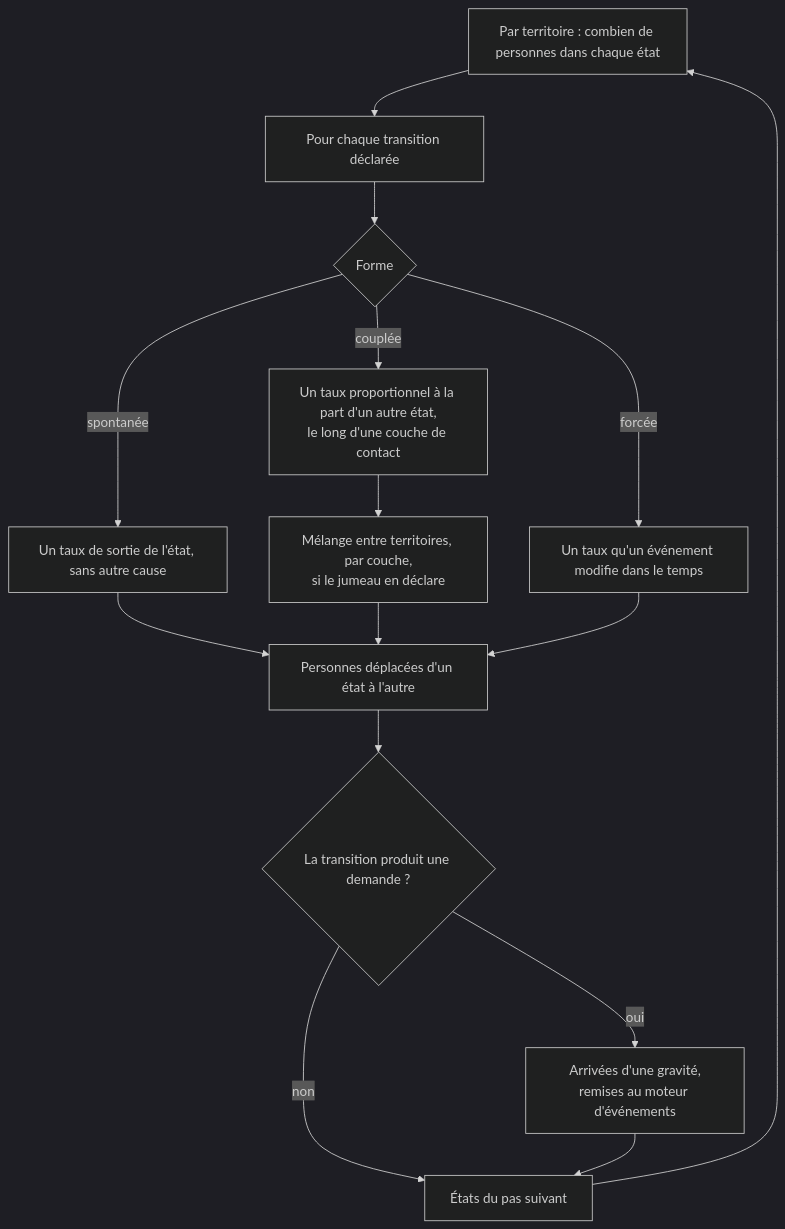
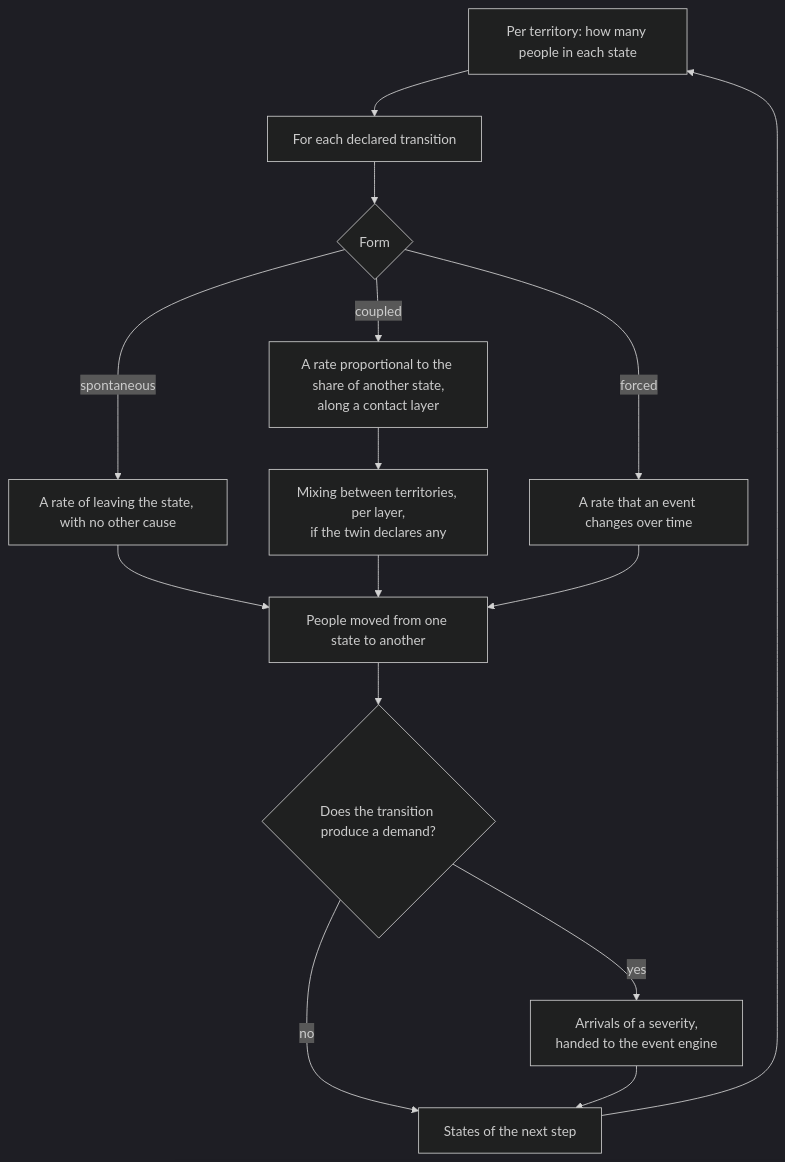
Before and after one commit to V1ktor7/obscyro: diagram 14 of 30 in frontend/content/docs/product/algorithms.md, drawn with Mermaid (dark theme). The commit also changed other lines of this file and 15 other files, not shown here.

````diff
--- a/frontend/content/docs/product/algorithms.md
+++ b/frontend/content/docs/product/algorithms.md
@@ -520,17 +521,17 @@
 ```mermaid
 flowchart TD
-    A["Par territoire : combien de personnes dans chaque état"] --> B["Pour chaque transition déclarée"]
-    B --> C{"Forme"}
-    C -->|"spontanée"| D["Un taux de sortie de l'état, sans autre cause"]
-    C -->|"couplée"| E["Un taux proportionnel à la part d'un autre état,<br/>le long d'une couche de contact"]
-    C -->|"forcée"| F["Un taux qu'un événement modifie dans le temps"]
-    E --> G["Mélange entre territoires, par couche,<br/>si le jumeau en déclare"]
-    D --> H["Personnes déplacées d'un état à l'autre"]
+    A["Per territory: how many people in each state"] --> B["For each declared transition"]
+    B --> C{"Form"}
+    C -->|"spontaneous"| D["A rate of leaving the state, with no other cause"]
+    C -->|"coupled"| E["A rate proportional to the share of another state,<br/>along a contact layer"]
+    C -->|"forced"| F["A rate that an event changes over time"]
+    E --> G["Mixing between territories, per layer,<br/>if the twin declares any"]
+    D --> H["People moved from one state to another"]
     G --> H
     F --> H
-    H --> I{"La transition produit une demande ?"}
-    I -->|"oui"| J["Arrivées d'une gravité,<br/>remises au moteur d'événements"]
-    I -->|"non"| K["États du pas suivant"]
+    H --> I{"Does the transition produce a demand?"}
+    I -->|"yes"| J["Arrivals of a severity,<br/>handed to the event engine"]
+    I -->|"no"| K["States of the next step"]
     J --> K
     K --> A
 ```
````
